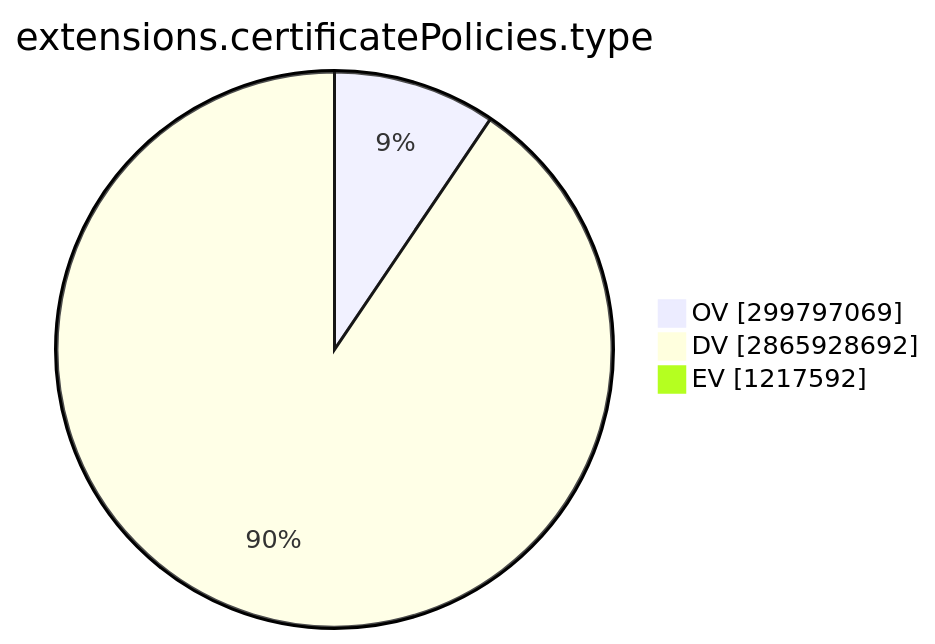
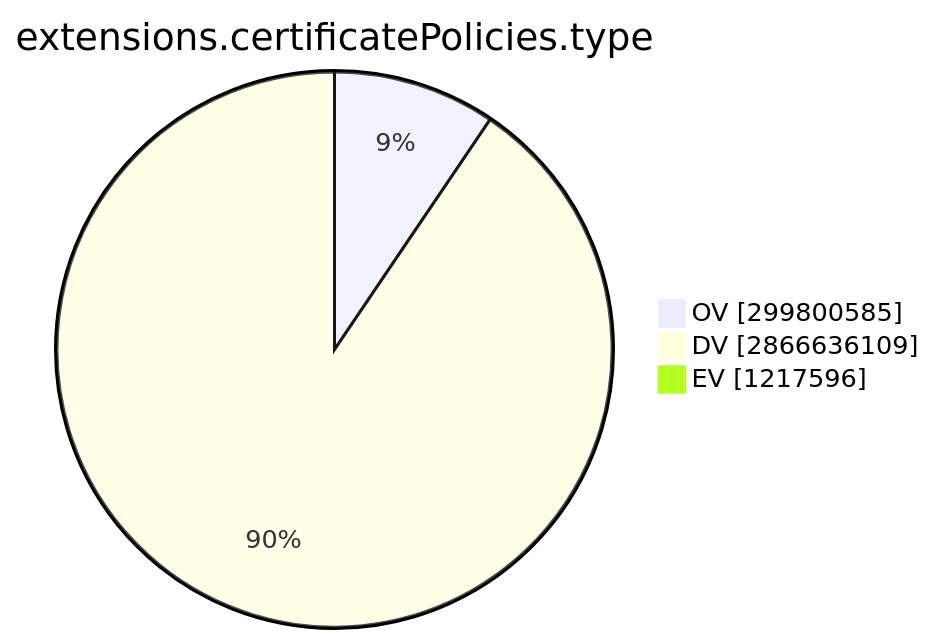
The ninth of 15 diagrams in TOTAL/README.md (christiankrug/ctmonitor_visualization), drawn with Mermaid before and after one commit. The commit also changed other lines of this file, not shown here.

````diff
--- a/TOTAL/README.md
+++ b/TOTAL/README.md
@@ -3101,7 +3101,7 @@
 ```mermaid
 pie showData
 title extensions.certificatePolicies.type
-"OV" :299797069
-"DV" :2865928692
-"EV" :1217592
+"OV" :299800585
+"DV" :2866636109
+"EV" :1217596
 ```
````
